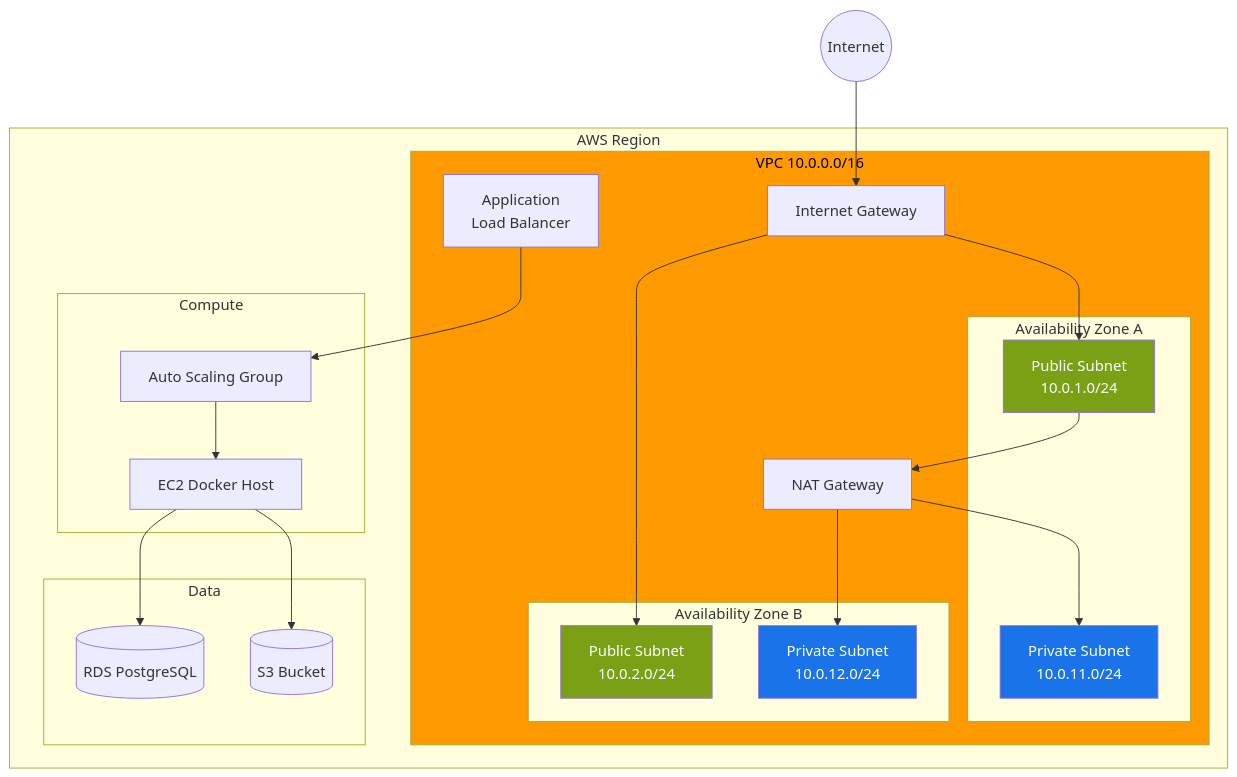
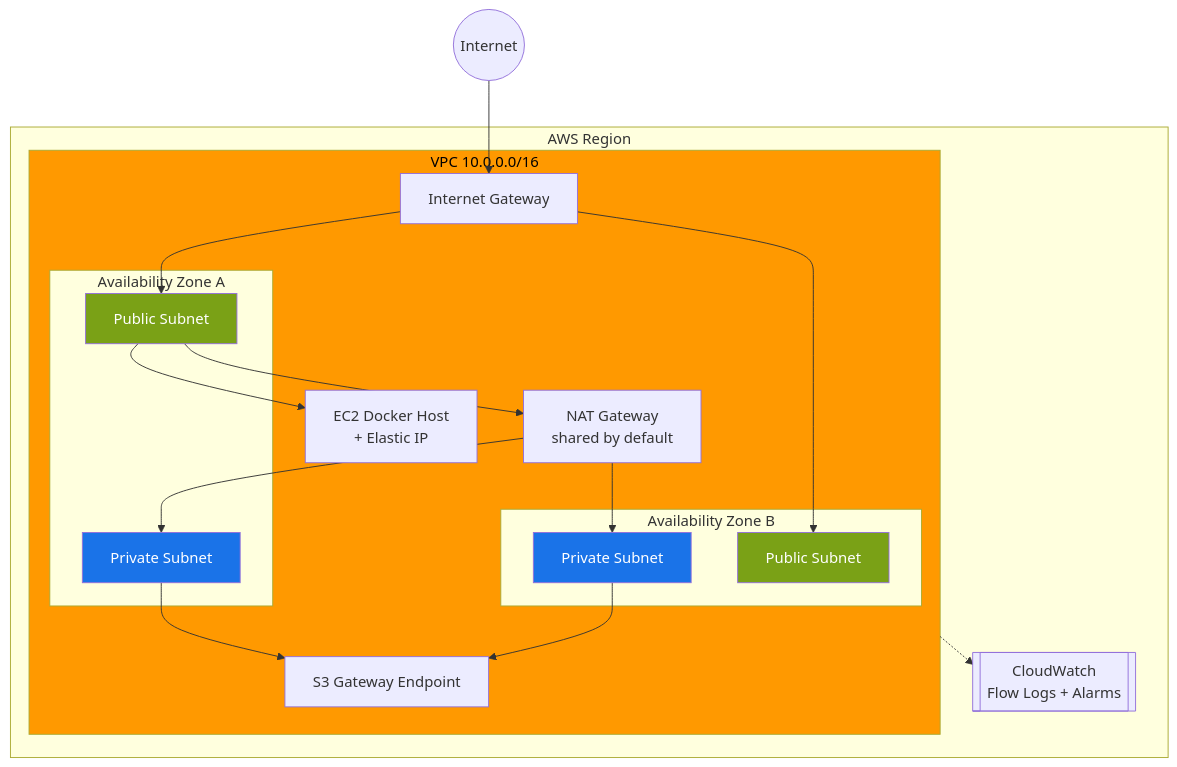
One commit to morgandt-reed/infrastructure-as-code-demos changed the first of 2 diagrams in README.md. Above: the diagram before and after it, drawn with Mermaid. The commit also changed other lines of this file and 22 other files, not shown here.

````diff
--- a/README.md
+++ b/README.md
@@ -18,44 +30,36 @@
 ```mermaid
 flowchart TB
     subgraph AWS Region
         subgraph VPC[VPC 10.0.0.0/16]
             subgraph AZ1[Availability Zone A]
-                PubSub1[Public Subnet<br/>10.0.1.0/24]
-                PrivSub1[Private Subnet<br/>10.0.11.0/24]
+                PubSub1[Public Subnet]
+                PrivSub1[Private Subnet]
             end
             subgraph AZ2[Availability Zone B]
-                PubSub2[Public Subnet<br/>10.0.2.0/24]
-                PrivSub2[Private Subnet<br/>10.0.12.0/24]
+                PubSub2[Public Subnet]
+                PrivSub2[Private Subnet]
             end
 
             IGW[Internet Gateway]
-            NAT[NAT Gateway]
-            ALB[Application<br/>Load Balancer]
+            NAT[NAT Gateway<br/>shared by default]
+            EC2[EC2 Docker Host<br/>+ Elastic IP]
+            S3EP[S3 Gateway Endpoint]
         end
 
-        subgraph Compute
-            EC2[EC2 Docker Host]
-            ASG[Auto Scaling Group]
-        end
-
-        subgraph Data
-            RDS[(RDS PostgreSQL)]
-            S3[(S3 Bucket)]
-        end
+        FlowLogs[[CloudWatch<br/>Flow Logs + Alarms]]
     end
 
     Internet((Internet)) --> IGW
     IGW --> PubSub1 & PubSub2
     PubSub1 --> NAT
     NAT --> PrivSub1 & PrivSub2
-    ALB --> ASG
-    ASG --> EC2
-    EC2 --> RDS
-    EC2 --> S3
+    PubSub1 --> EC2
+    PrivSub1 & PrivSub2 --> S3EP
+    VPC -.-> FlowLogs
 
     style VPC fill:#FF9900,color:#000
     style PubSub1 fill:#7AA116,color:#fff
     style PubSub2 fill:#7AA116,color:#fff
     style PrivSub1 fill:#1A73E8,color:#fff
     style PrivSub2 fill:#1A73E8,color:#fff
 ```
````
